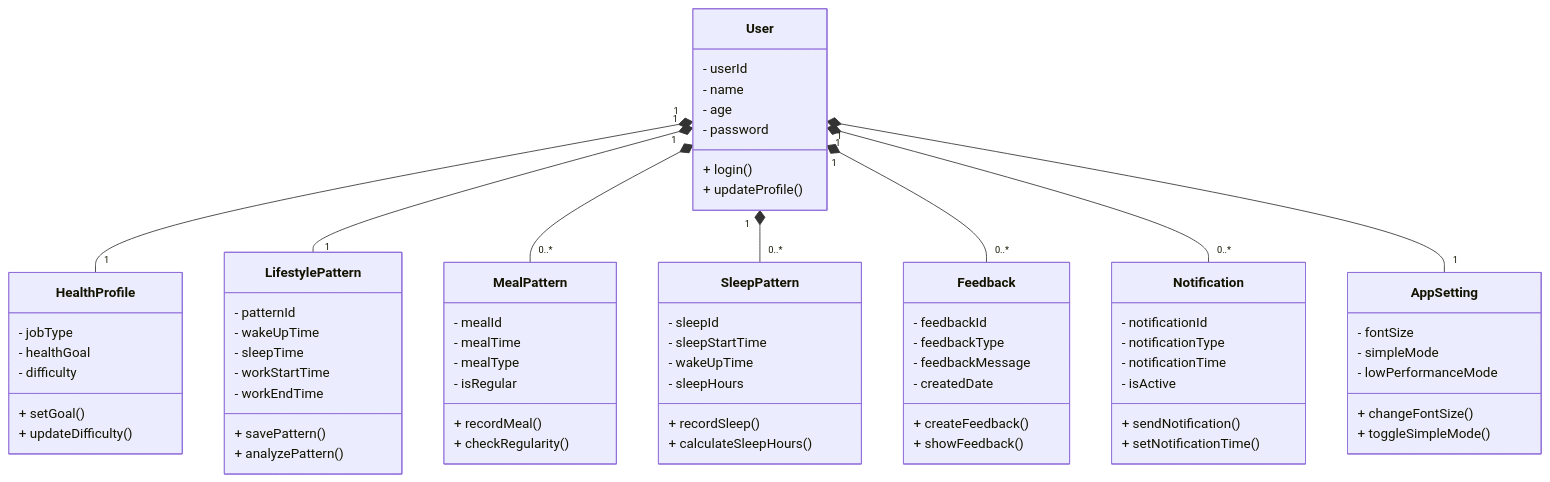
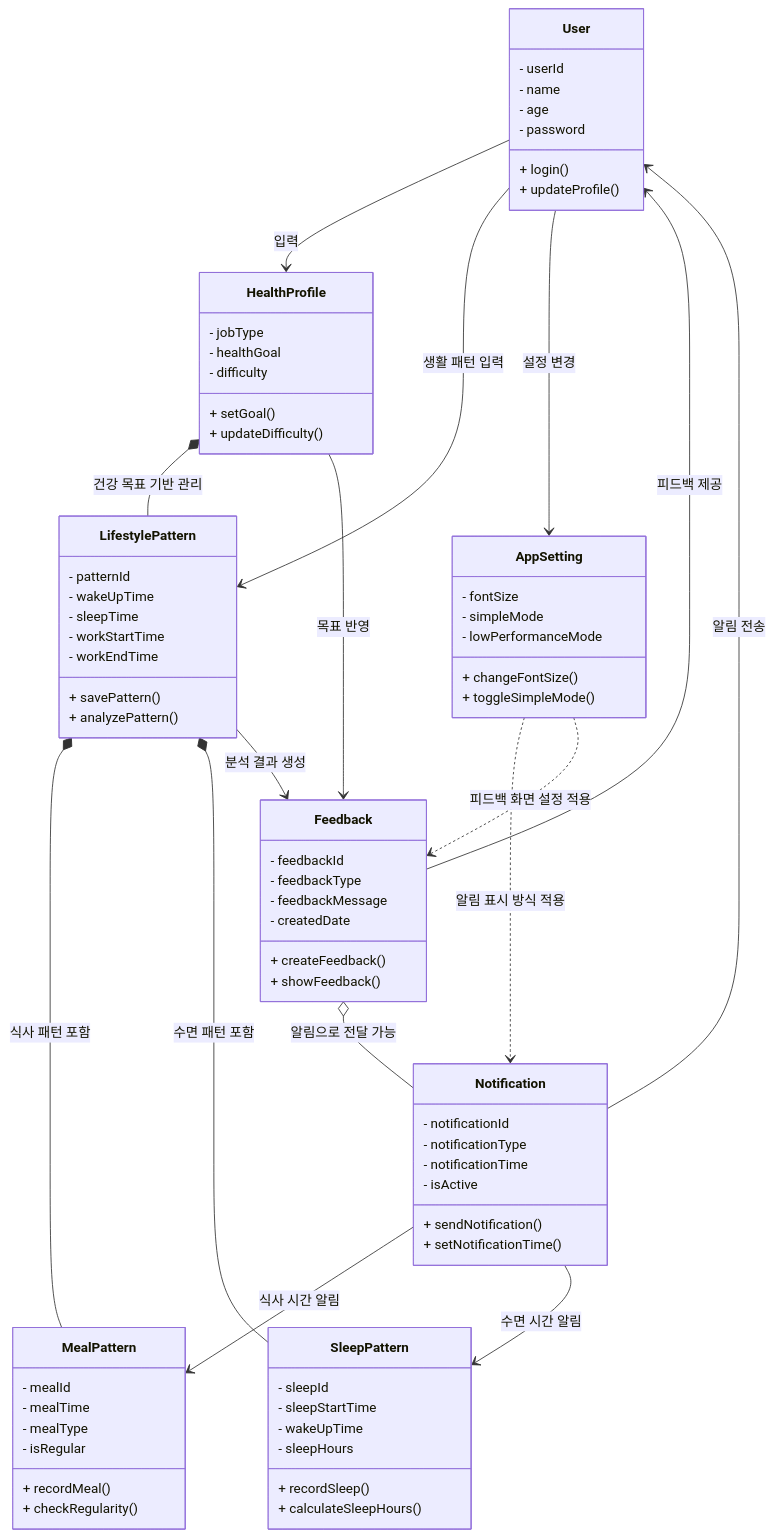
Before and after one commit to joojeehun/sw-health: the diagram in docs/requirement.md/Classdiagram.md, drawn with Mermaid.

````diff
--- a/docs/requirement.md/Classdiagram.md
+++ b/docs/requirement.md/Classdiagram.md
@@ -72,11 +72,24 @@
   + toggleSimpleMode()
 }
 
-User "1" *-- "1" HealthProfile
-User "1" *-- "1" LifestylePattern
-User "1" *-- "0..*" MealPattern
-User "1" *-- "0..*" SleepPattern
-User "1" *-- "0..*" Feedback
-User "1" *-- "0..*" Notification
-User "1" *-- "1" AppSetting
+User --> HealthProfile : 입력
+User --> LifestylePattern : 생활 패턴 입력
+User --> AppSetting : 설정 변경
+
+HealthProfile *-- LifestylePattern : 건강 목표 기반 관리
+LifestylePattern *-- MealPattern : 식사 패턴 포함
+LifestylePattern *-- SleepPattern : 수면 패턴 포함
+
+LifestylePattern --> Feedback : 분석 결과 생성
+HealthProfile --> Feedback : 목표 반영
+
+Feedback --> User : 피드백 제공
+Feedback o-- Notification : 알림으로 전달 가능
+
+Notification --> User : 알림 전송
+Notification --> MealPattern : 식사 시간 알림
+Notification --> SleepPattern : 수면 시간 알림
+
+AppSetting ..> Notification : 알림 표시 방식 적용
+AppSetting ..> Feedback : 피드백 화면 설정 적용
 ```
````
